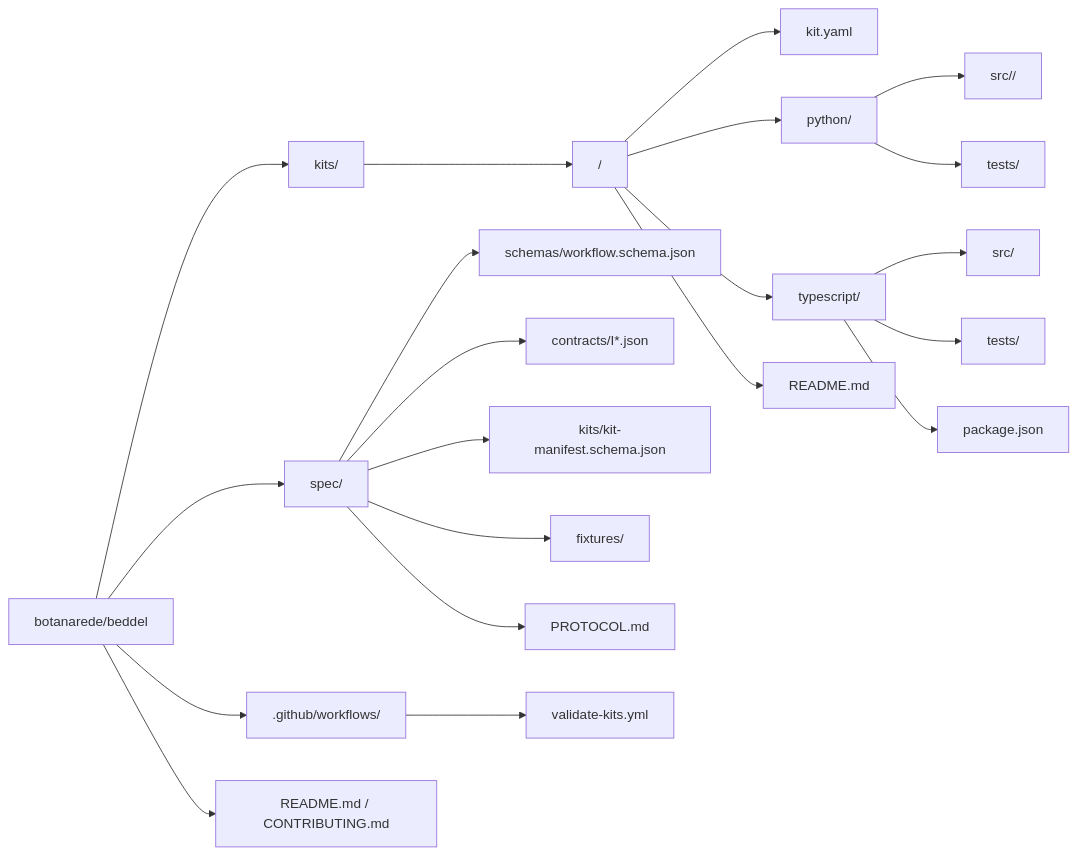
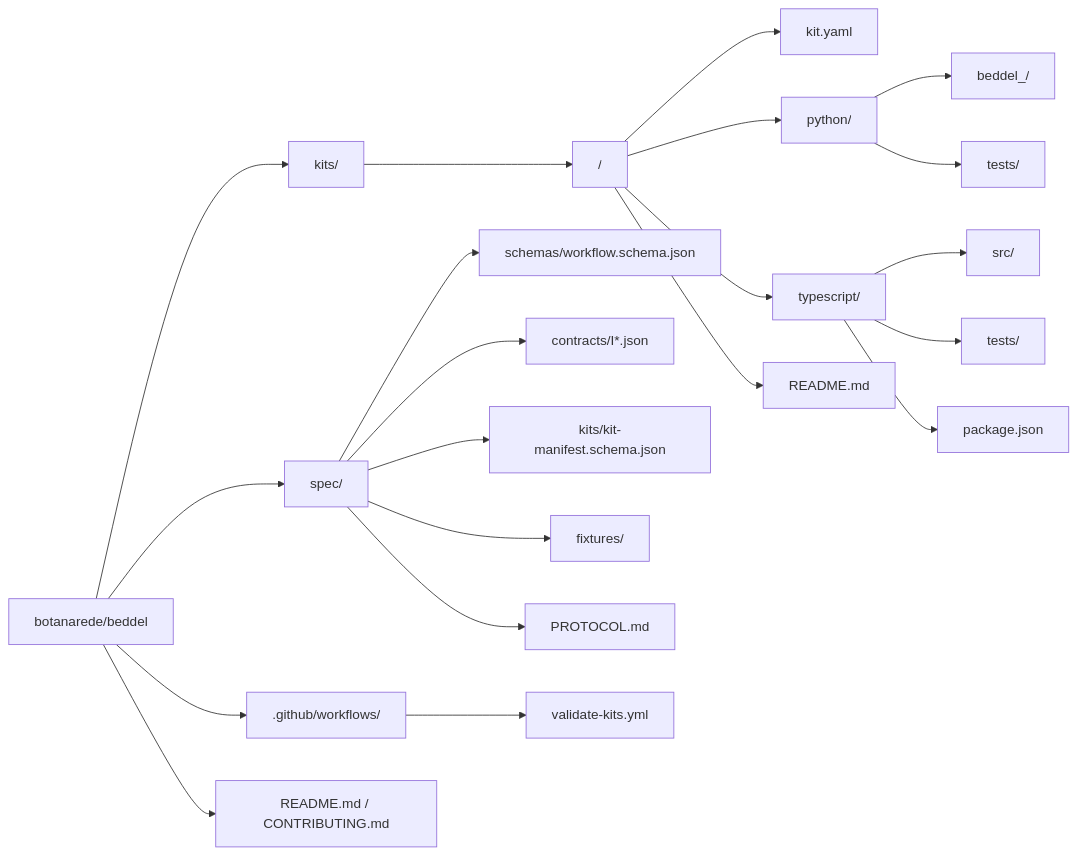
Before and after one commit to botanarede/beddel: the first of 4 diagrams in CONTRIBUTING.md, drawn with Mermaid. The commit also changed other lines of this file and 25 other files, not shown here.

First line of the commit message:
docs(k4): align all layout references with canonical python/beddel_<module>/ path

````diff
--- a/CONTRIBUTING.md
+++ b/CONTRIBUTING.md
@@ -26,27 +26,27 @@
 ```mermaid
 flowchart LR
   ROOT[botanarede/beddel] --> KITS[kits/]
   ROOT --> SPEC[spec/]
   ROOT --> GH[.github/workflows/]
   ROOT --> DOCS[README.md / CONTRIBUTING.md]
 
   KITS --> K1[<kit-name>/]
   K1 --> KY[kit.yaml]
   K1 --> PY[python/]
   K1 --> TS[typescript/]
   K1 --> README[README.md]
 
-  PY --> PYSRC[src/<module>/]
+  PY --> PYSRC[beddel_<module>/]
   PY --> PYTESTS[tests/]
   TS --> TSSRC[src/]
   TS --> TSTESTS[tests/]
   TS --> TSPKG[package.json]
 
   SPEC --> SCHEMAS[schemas/workflow.schema.json]
   SPEC --> CONTRACTS[contracts/I*.json]
   SPEC --> KITSCHEMA[kits/kit-manifest.schema.json]
   SPEC --> FIX[fixtures/]
   SPEC --> PROTO[PROTOCOL.md]
 
   GH --> WF[validate-kits.yml]
 ```
````
